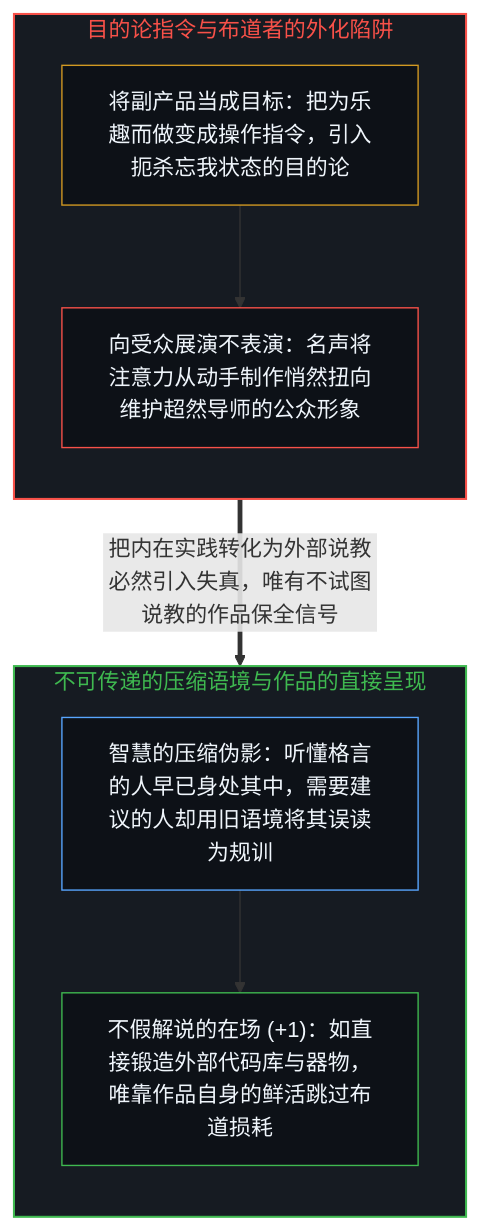
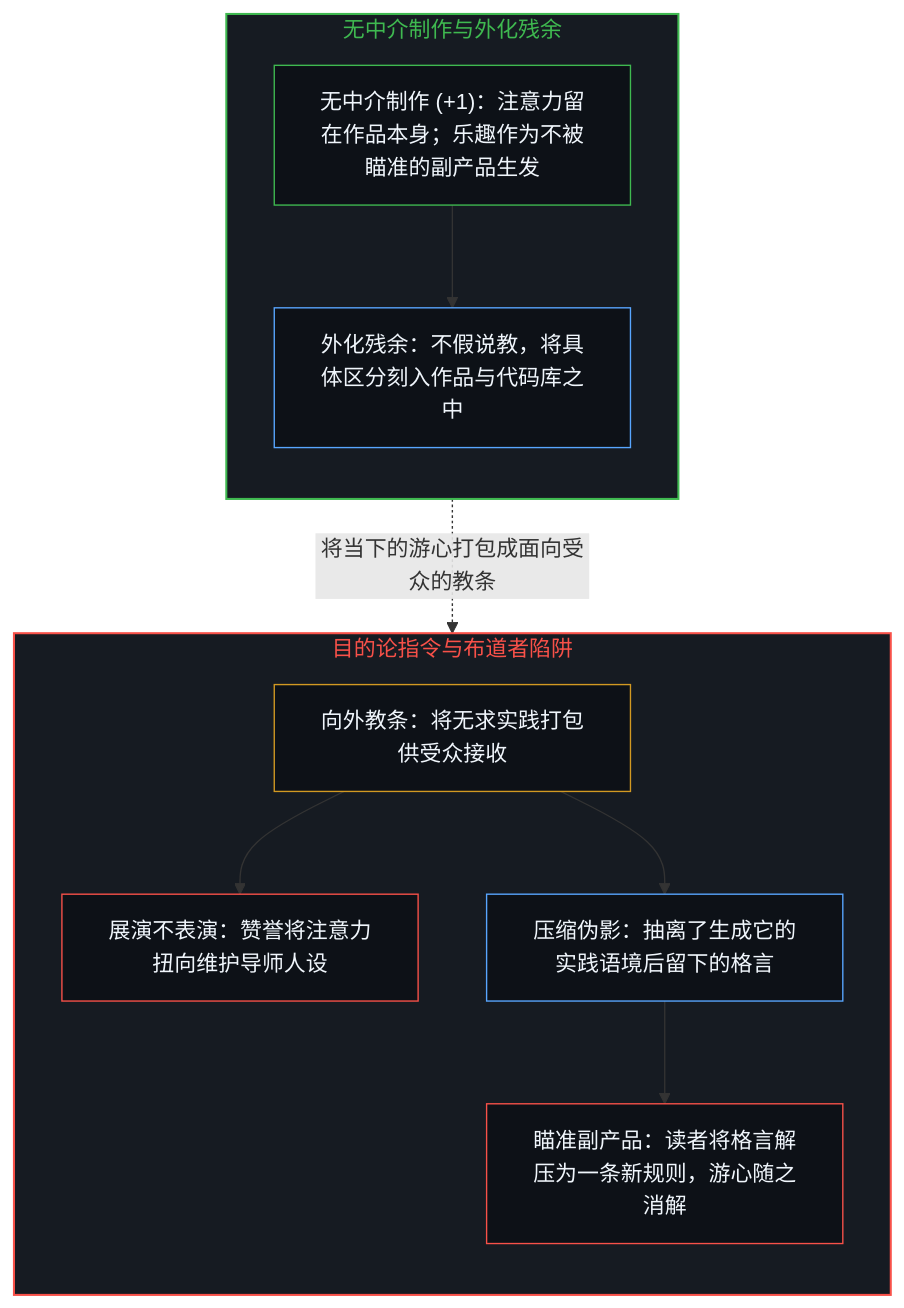
One commit to powerpig99/not-a-toe changed the first of 2 diagrams in content/posts/the-interesting-case-of-rubin.md. Above: the diagram before and after it, drawn with Mermaid. The commit also changed other lines of this file and 6 other files, not shown here.

````diff
--- a/content/posts/the-interesting-case-of-rubin.md
+++ b/content/posts/the-interesting-case-of-rubin.md
@@ -17,22 +17,27 @@
 ```mermaid
 flowchart TD
-    subgraph S_Preach["目的论指令与布道者的外化陷阱"]
+    subgraph S_Work["无中介制作与外化残余"]
         direction TB
-        Aim["将副产品当成目标：把为乐趣而做变成操作指令，引入扼杀忘我状态的目的论"]
-        Brand["向受众展演不表演：名声将注意力从动手制作悄然扭向维护超然导师的公众形象"]
-        Aim --> Brand
+        Make["无中介制作 (+1)：注意力留在作品本身；乐趣作为不被瞄准的副产品生发"]
+        Residue["外化残余：不假说教，将具体区分刻入作品与代码库之中"]
+        Make --> Residue
     end
-    subgraph S_Work["不可传递的压缩语境与作品的直接呈现"]
+    subgraph S_Preach["目的论指令与布道者陷阱"]
         direction TB
-        Compress["智慧的压缩伪影：听懂格言的人早已身处其中，需要建议的人却用旧语境将其误读为规训"]
-        Alive["不假解说的在场 (+1)：如直接锻造外部代码库与器物，唯靠作品自身的鲜活跳过布道损耗"]
-        Compress --> Alive
+        Preach["向外教条：将无求实践打包供受众接收"]
+        Brand["展演不表演：赞誉将注意力扭向维护导师人设"]
+        Compress["压缩伪影：抽离了生成它的实践语境后留下的格言"]
+        Aim["瞄准副产品：读者将格言解压为一条新规则，游心随之消解"]
+        Preach --> Brand
+        Preach --> Compress --> Aim
     end
-    Brand ==>|"把内在实践转化为外部说教必然引入失真，唯有不试图说教的作品保全信号"| Compress
+    Make -.->|"将当下的游心打包成面向受众的教条"| Preach
+    style S_Work fill:#161b22,stroke:#3fb950,stroke-width:1.5px,color:#3fb950
     style S_Preach fill:#161b22,stroke:#f85149,stroke-width:1.5px,color:#f85149
-    style S_Work fill:#161b22,stroke:#3fb950,stroke-width:1.5px,color:#3fb950
-    style Aim fill:#0d1117,stroke:#d29922,stroke-width:1px,color:#f0f6fc
+    style Make fill:#0d1117,stroke:#3fb950,stroke-width:1px,color:#f0f6fc
+    style Residue fill:#0d1117,stroke:#58a6ff,stroke-width:1px,color:#f0f6fc
+    style Preach fill:#0d1117,stroke:#d29922,stroke-width:1px,color:#f0f6fc
     style Brand fill:#0d1117,stroke:#f85149,stroke-width:1px,color:#f0f6fc
     style Compress fill:#0d1117,stroke:#58a6ff,stroke-width:1px,color:#f0f6fc
-    style Alive fill:#0d1117,stroke:#3fb950,stroke-width:1px,color:#f0f6fc
+    style Aim fill:#0d1117,stroke:#f85149,stroke-width:1px,color:#f0f6fc
 ```
````
